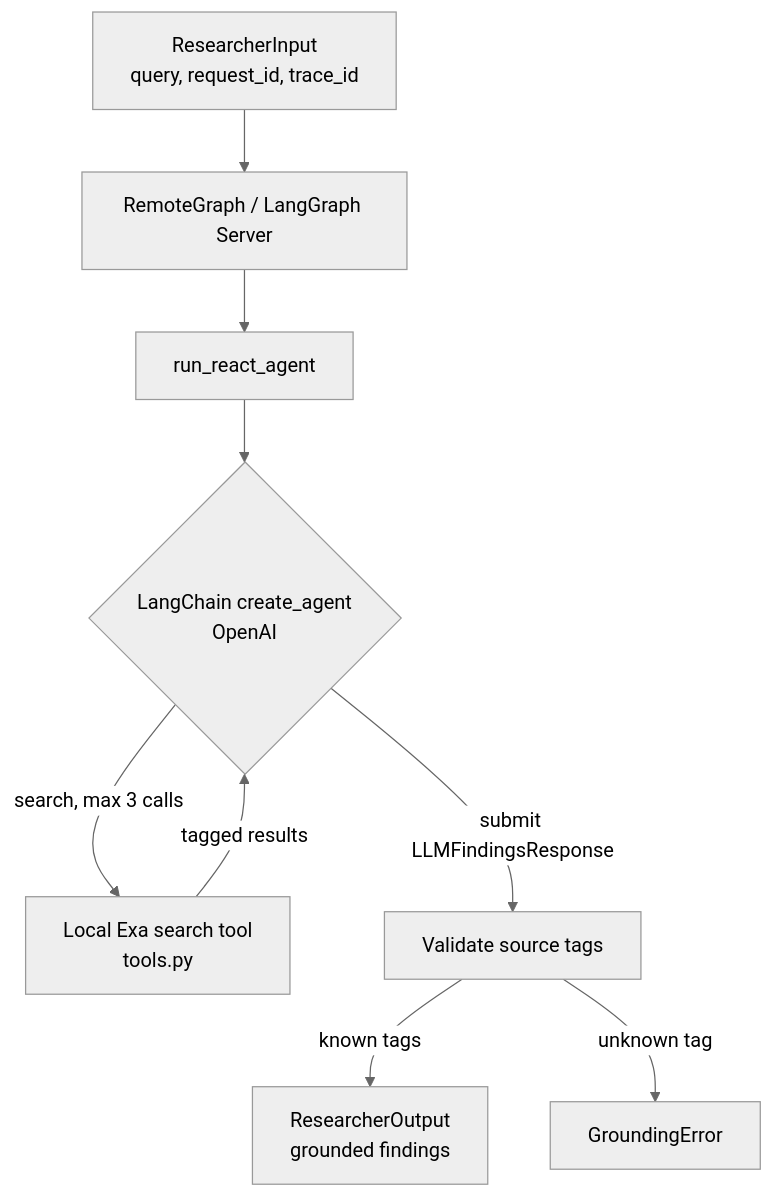
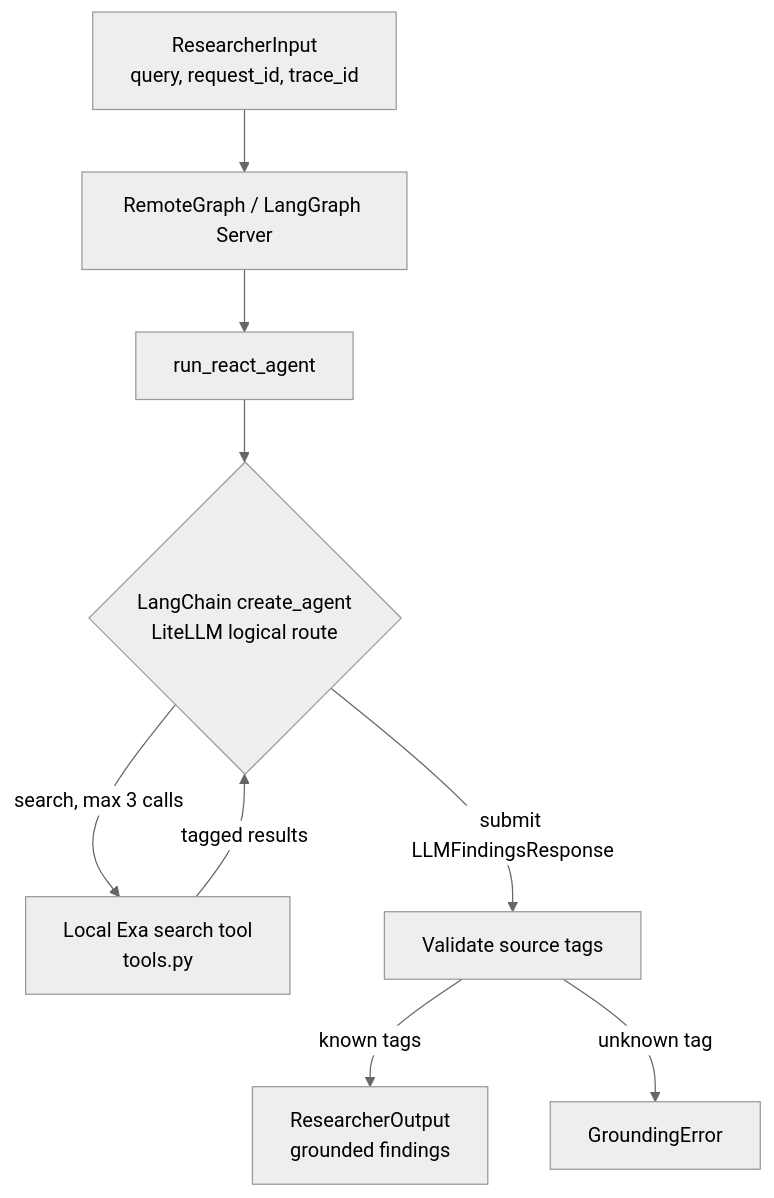
Before and after one commit to Anhnguyenk835/multi-agent: the diagram in services/researcher/README.md, drawn with Mermaid (neutral theme). The commit also changed other lines of this file and 63 other files, not shown here.

Commit message:
integrate liteLLM LLM-gateway

````diff
--- a/services/researcher/README.md
+++ b/services/researcher/README.md
@@ -10,11 +10,11 @@
 ```mermaid
 flowchart TD
     I[ResearcherInput<br/>query, request_id, trace_id] --> R[RemoteGraph / LangGraph Server]
     R --> G[run_react_agent]
-    G --> M{LangChain create_agent<br/>OpenAI}
+    G --> M{LangChain create_agent<br/>LiteLLM logical route}
     M -->|search, max 3 calls| S[Local Exa search tool<br/>tools.py]
     S -->|tagged results| M
     M -->|submit LLMFindingsResponse| V[Validate source tags]
     V -->|known tags| O[ResearcherOutput<br/>grounded findings]
     V -->|unknown tag| E[GroundingError]
 ```
````
